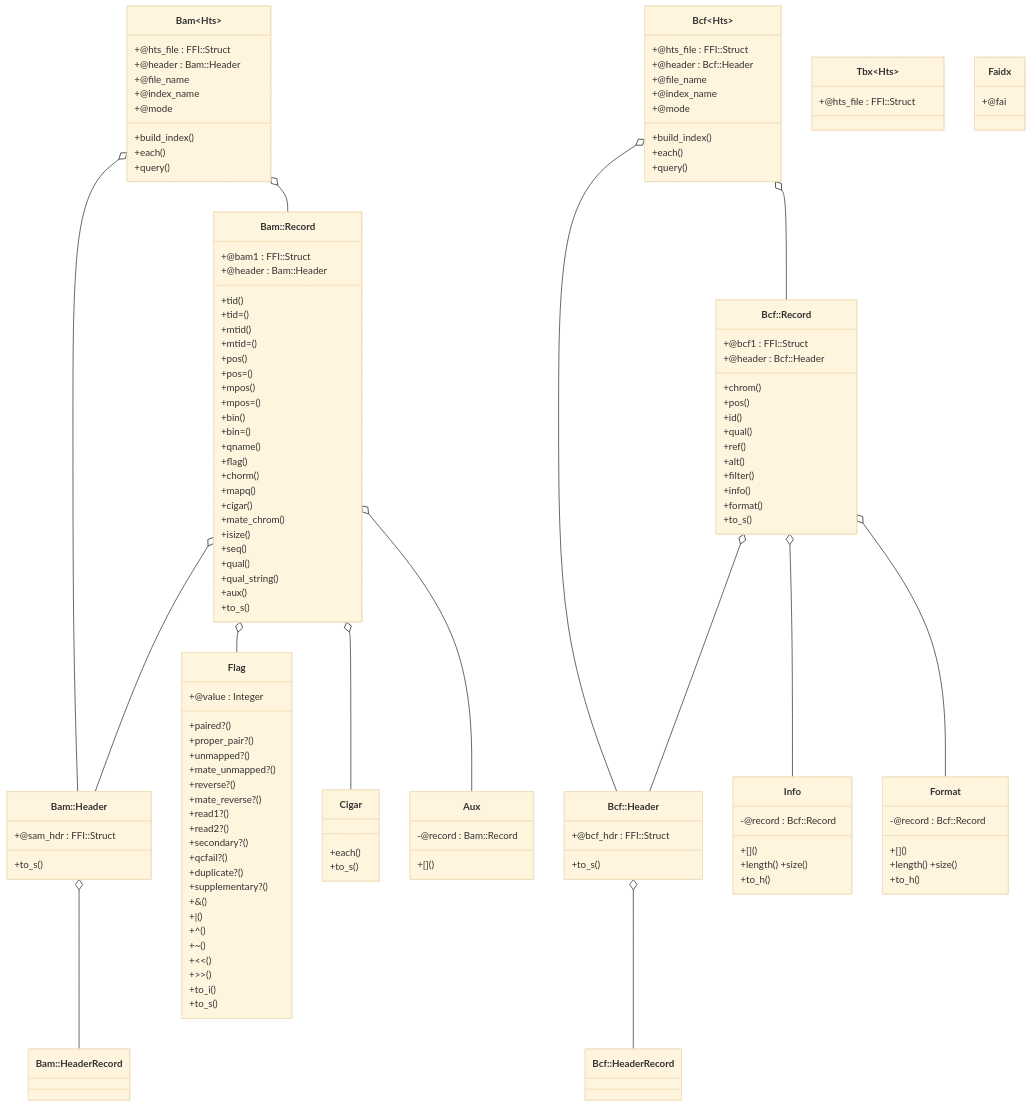
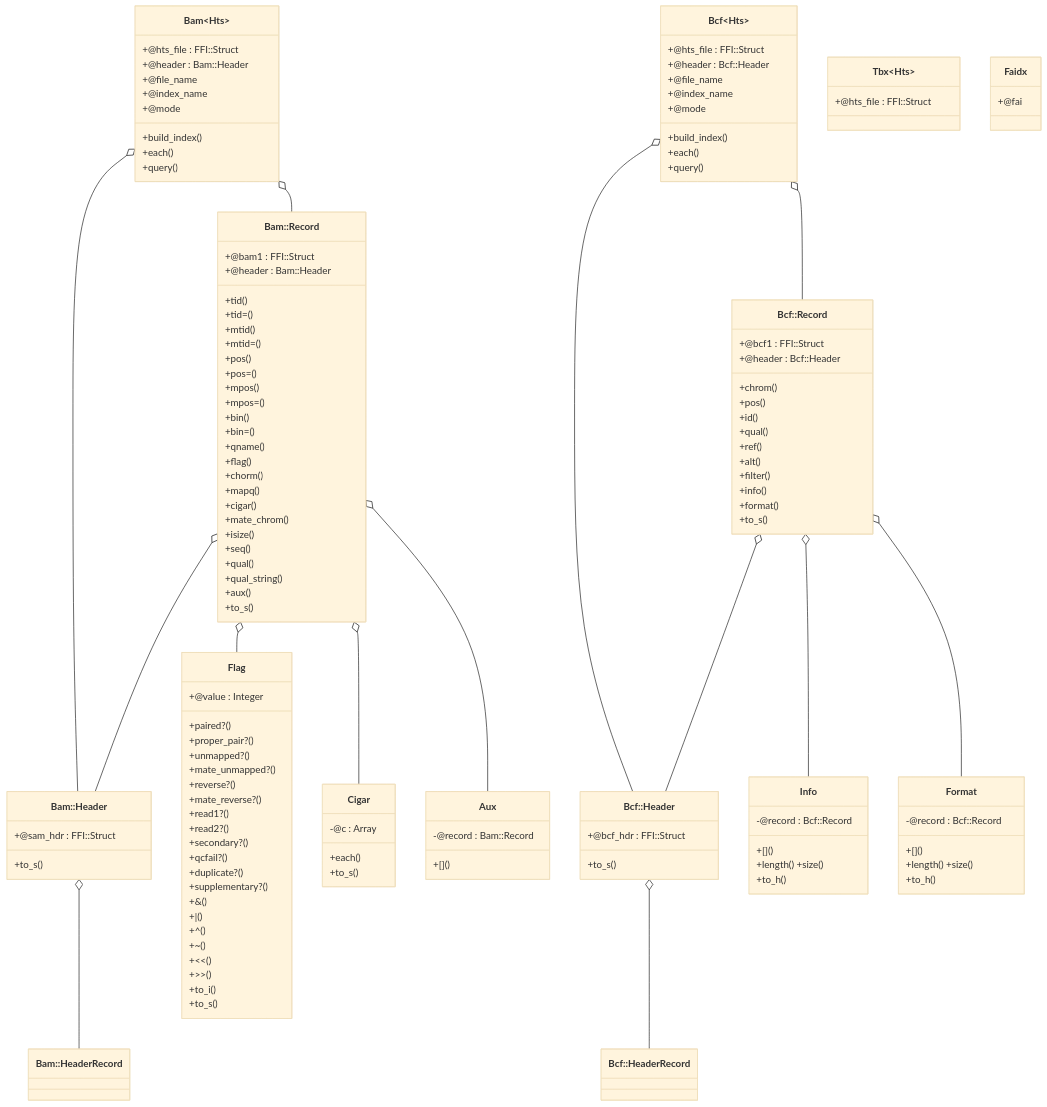
One commit to kojix2/ruby-htslib changed the diagram in TUTORIAL.md. Above: the diagram before and after it, drawn with Mermaid.

```diff
--- a/TUTORIAL.md
+++ b/TUTORIAL.md
@@ -127,6 +127,7 @@
   +to_h()
 }
 class Cigar {
+  -@c : Array
   +each()
   +to_s()
 }
```
